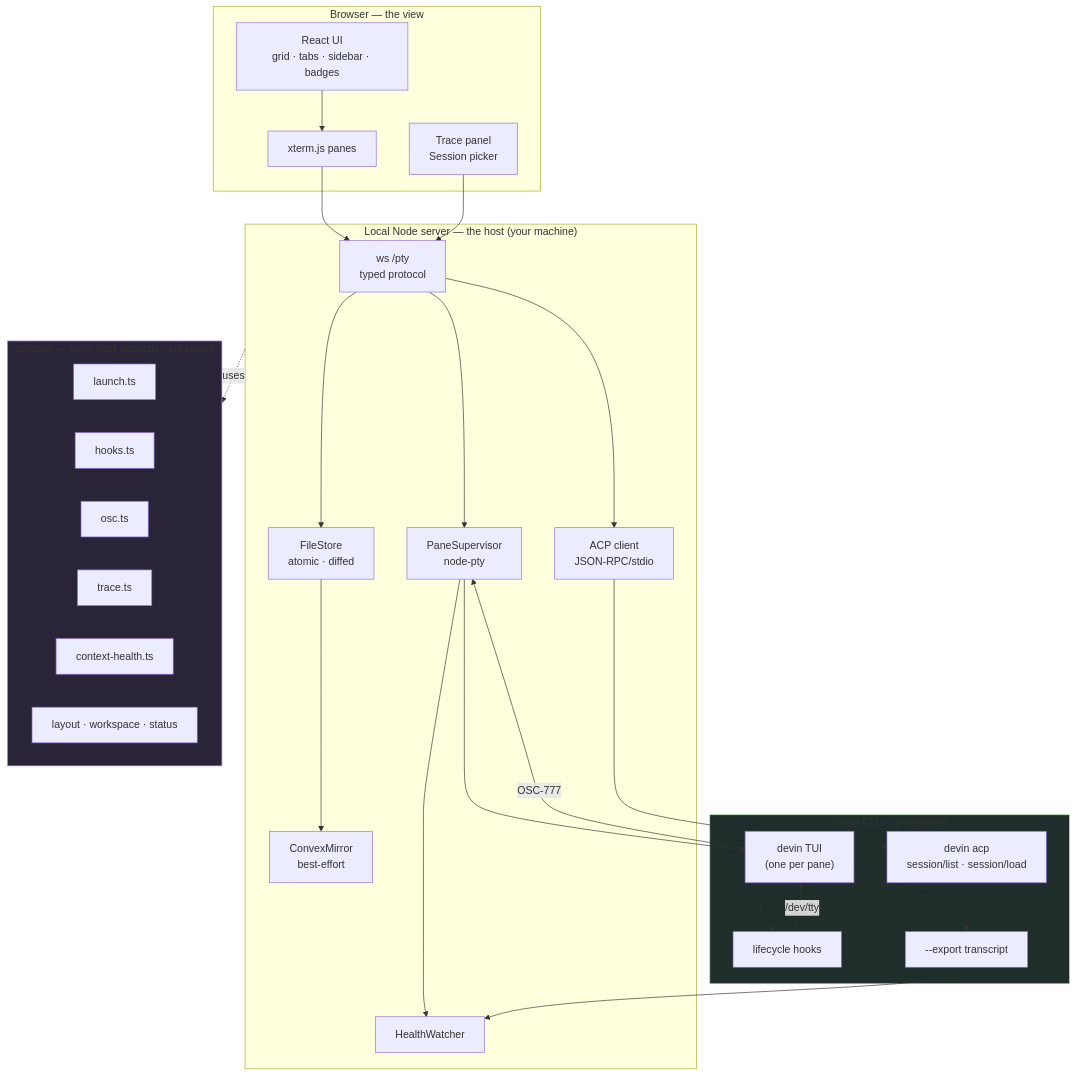
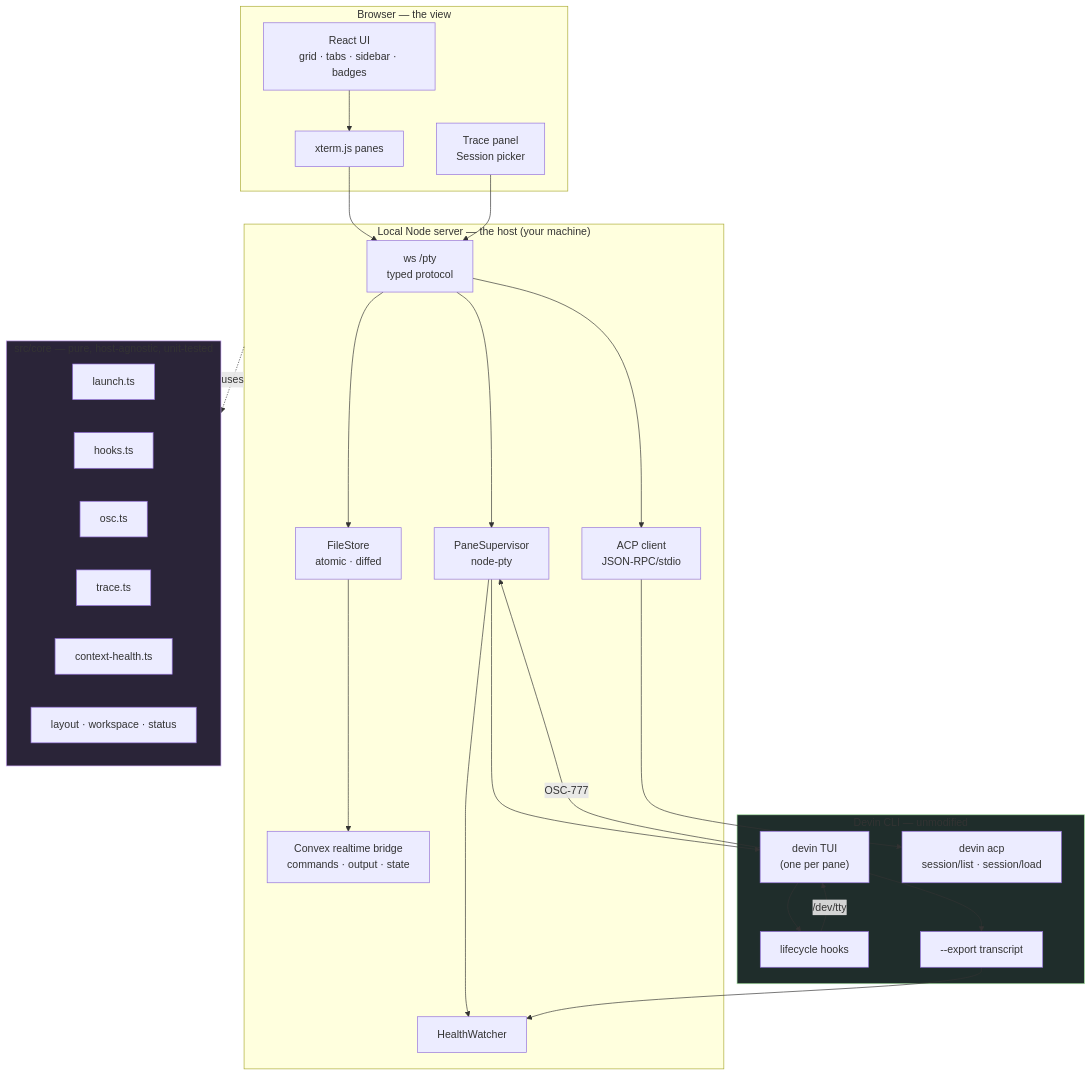
The diagram in README.md (AhmedYassinH/devin-agent-tmux), drawn with Mermaid before and after one commit. The commit also changed other lines of this file and 13 other files, not shown here.

First line of the commit message:
Enable remote terminals through Convex realtime

````diff
--- a/README.md
+++ b/README.md
@@ -45,48 +45,48 @@
 ```mermaid
 flowchart TB
     subgraph browser["Browser — the view"]
         UI["React UI<br/>grid · tabs · sidebar · badges"]
         XT["xterm.js panes"]
         TP["Trace panel<br/>Session picker"]
     end
 
     subgraph server["Local Node server — the host (your machine)"]
         WS["ws /pty<br/>typed protocol"]
         SUP["PaneSupervisor<br/>node-pty"]
         ACPC["ACP client<br/>JSON-RPC/stdio"]
         HW["HealthWatcher"]
         FS["FileStore<br/>atomic · diffed"]
-        CM["ConvexMirror<br/>best-effort"]
+        CM["Convex realtime bridge<br/>commands · output · state"]
     end
 
     subgraph core["src/core — pure, host-agnostic, unit-tested"]
         L["launch.ts"]
         H["hooks.ts"]
         O["osc.ts"]
         T["trace.ts"]
         C["context-health.ts"]
         W["layout · workspace · status"]
     end
 
     subgraph devin["Devin CLI — unmodified"]
         TUI["devin TUI<br/>(one per pane)"]
         HOOKS["lifecycle hooks"]
         ACPS["devin acp<br/>session/list · session/load"]
         EXP["--export transcript"]
     end
 
     UI --> XT --> WS
     TP --> WS
     WS --> SUP --> TUI
     TUI -->|OSC-777| SUP
     HOOKS -->|/dev/tty| TUI
     TUI --> HOOKS
     SUP --> HW
     EXP --> HW
     TUI --> EXP
     WS --> ACPC --> ACPS
     WS --> FS --> CM
     server -.uses.-> core
     style core fill:#2a2438,stroke:#cba6f7
     style devin fill:#1f2d2b,stroke:#a6e3a1
 ```
````
